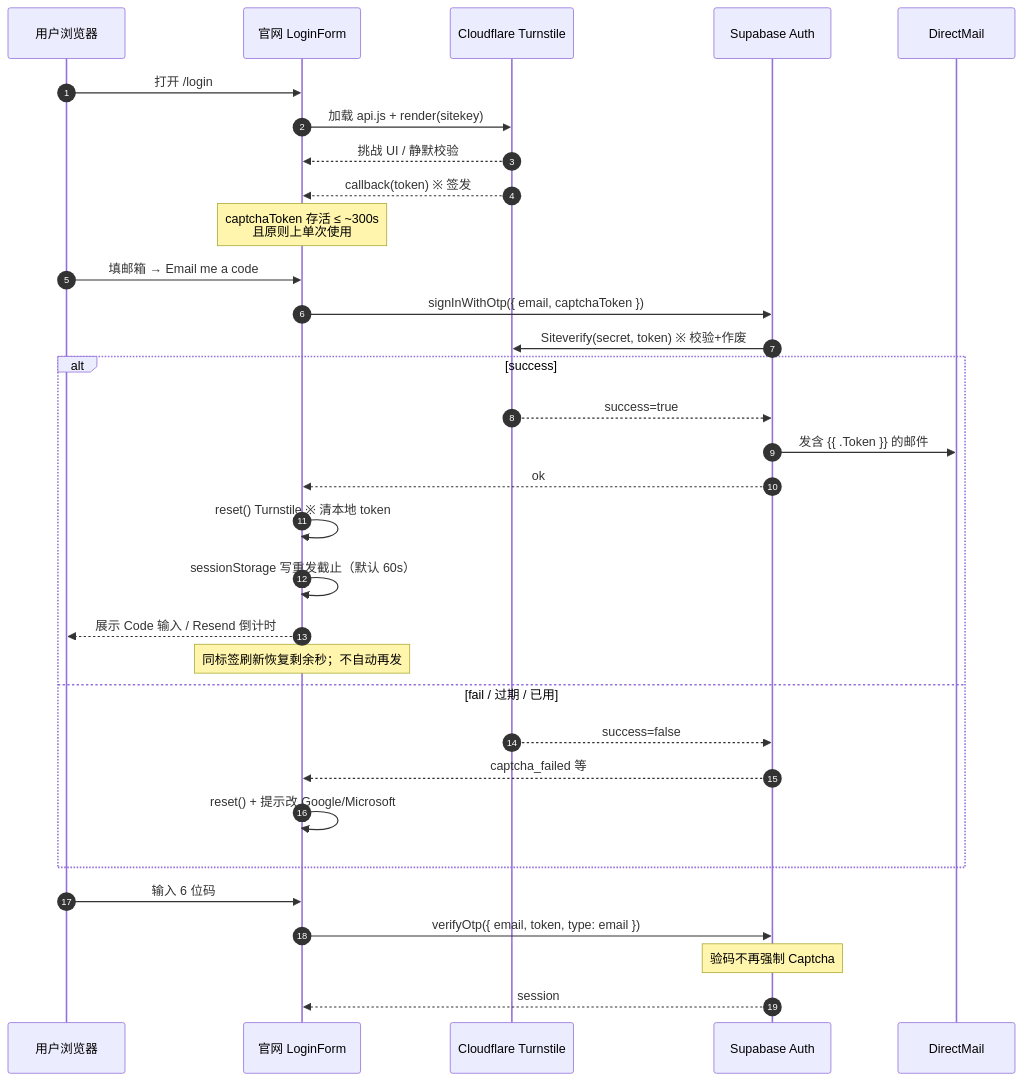
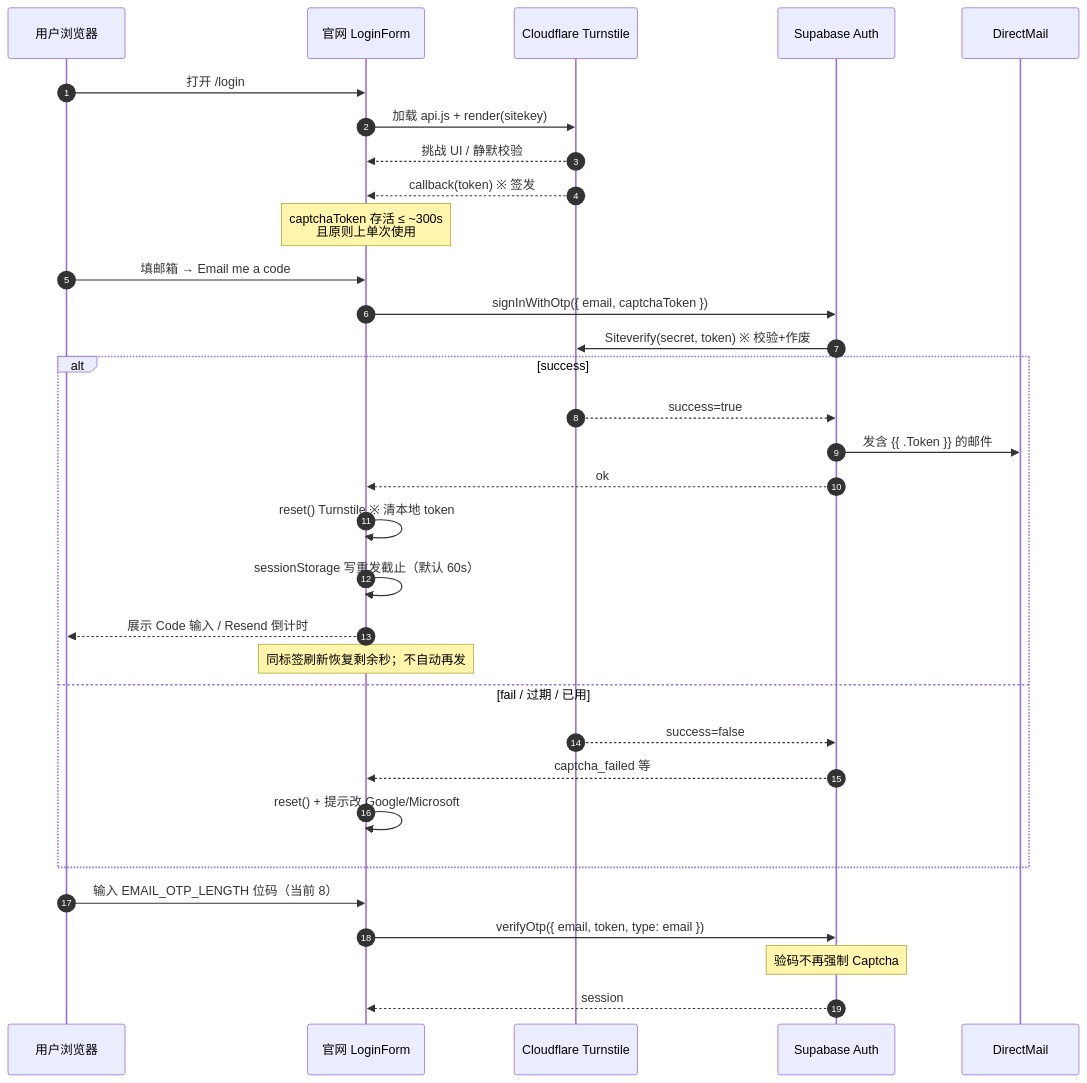
One commit to yiveno/yiveno changed the first of 5 diagrams in docs/engineering/Turnstile-Email-OTP-防刷生命周期.md. Above: the diagram before and after it, drawn with Mermaid. The commit also changed 40 other files, not shown here.

````diff
--- a/docs/engineering/Turnstile-Email-OTP-防刷生命周期.md
+++ b/docs/engineering/Turnstile-Email-OTP-防刷生命周期.md
@@ -47,37 +47,37 @@
 ```mermaid
 sequenceDiagram
   autonumber
   participant U as 用户浏览器
   participant W as 官网 LoginForm
   participant CF as Cloudflare Turnstile
   participant SB as Supabase Auth
   participant SMTP as DirectMail
 
   U->>W: 打开 /login
   W->>CF: 加载 api.js + render(sitekey)
   CF-->>W: 挑战 UI / 静默校验
   CF-->>W: callback(token)  ※ 签发
   Note over W: captchaToken 存活 ≤ ~300s<br/>且原则上单次使用
 
   U->>W: 填邮箱 → Email me a code
   W->>SB: signInWithOtp({ email, captchaToken })
   SB->>CF: Siteverify(secret, token)  ※ 校验+作废
   alt success
     CF-->>SB: success=true
     SB->>SMTP: 发含 {{ .Token }} 的邮件
     SB-->>W: ok
     W->>W: reset() Turnstile  ※ 清本地 token
     W->>W: sessionStorage 写重发截止（默认 60s）
     W-->>U: 展示 Code 输入 / Resend 倒计时
     Note over W: 同标签刷新恢复剩余秒；不自动再发
   else fail / 过期 / 已用
     CF-->>SB: success=false
     SB-->>W: captcha_failed 等
     W->>W: reset() + 提示改 Google/Microsoft
   end
 
-  U->>W: 输入 6 位码
+  U->>W: 输入 EMAIL_OTP_LENGTH 位码（当前 8）
   W->>SB: verifyOtp({ email, token, type: email })
   Note over SB: 验码不再强制 Captcha
   SB-->>W: session
 ```
````
